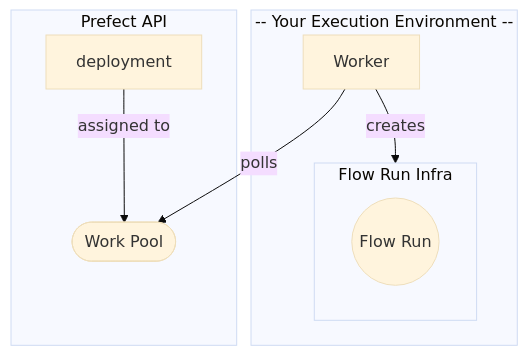
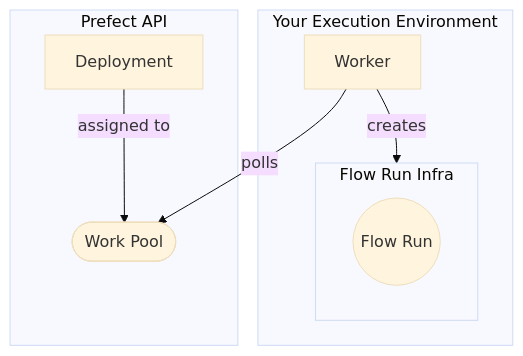
Before and after one commit to PrefectHQ/prefect: the diagram in docs/tutorial/deployments.md, drawn with Mermaid (base theme). The commit also changed other lines of this file, not shown here.

Commit message:
Fix non-rendering graph and admonition in tutorial/deployments.md (#10069)

````diff
--- a/docs/tutorial/deployments.md
+++ b/docs/tutorial/deployments.md
@@ -60,18 +60,19 @@
 ```mermaid
-graph TD;
-    subgraph your_infra["-- Your Execution Environment --"]
+graph TD
+
+    subgraph your_infra["Your Execution Environment"]
         worker["Worker"]
 				subgraph flow_run_infra[Flow Run Infra]
 					flow_run(("Flow Run"))
 				end
         
     end
 
     subgraph api["Prefect API"]
-				deployment --> |assigned to| work_pool
+				Deployment --> |assigned to| work_pool
         work_pool(["Work Pool"])
     end
 
     worker --> |polls| work_pool
     worker --> |creates| flow_run_infra
 ```
````
